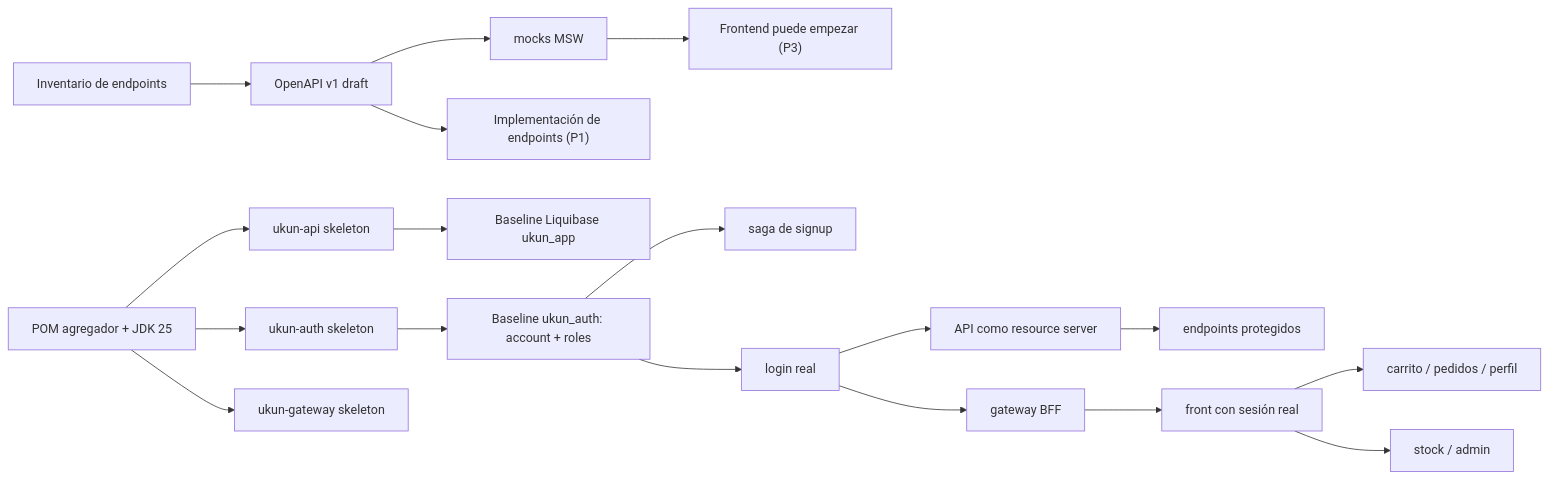
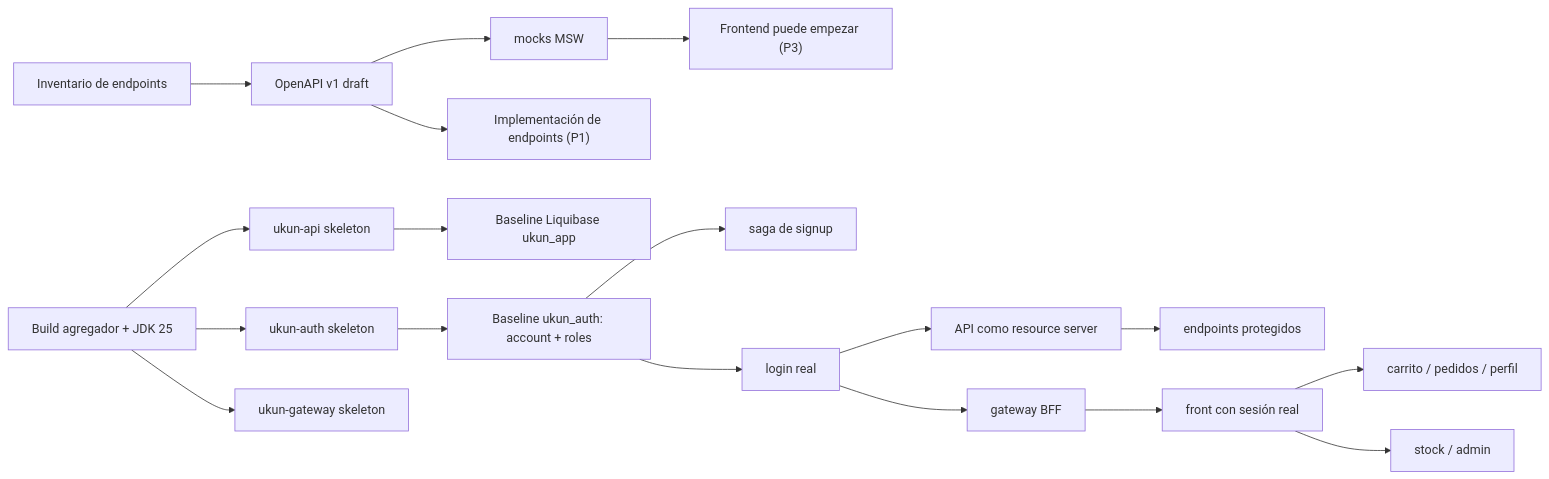
Before and after one commit to sandoretti/ukun: the first of 2 diagrams in docs/04-roadmap.md, drawn with Mermaid. The commit also changed other lines of this file and 63 other files, not shown here.

````diff
--- a/docs/04-roadmap.md
+++ b/docs/04-roadmap.md
@@ -59,23 +59,23 @@
 ```mermaid
 flowchart LR
-    A["POM agregador + JDK 25"] --> B["ukun-api skeleton"]
+    A["Build agregador + JDK 25"] --> B["ukun-api skeleton"]
     A --> C["ukun-auth skeleton"]
     A --> D["ukun-gateway skeleton"]
     B --> E["Baseline Liquibase ukun_app"]
 
     G["Inventario de endpoints"] --> H["OpenAPI v1 draft"]
     H --> I["mocks MSW"]
     I --> J["Frontend puede empezar (P3)"]
     H --> K["Implementación de endpoints (P1)"]
 
     C --> L["Baseline ukun_auth: account + roles"]
     L --> M["saga de signup"]
     L --> N["login real"]
     N --> O["API como resource server"]
     O --> P["endpoints protegidos"]
 
     N --> Q["gateway BFF"]
     Q --> R["front con sesión real"]
     R --> S["carrito / pedidos / perfil"]
     R --> U["stock / admin"]
 ```
````
